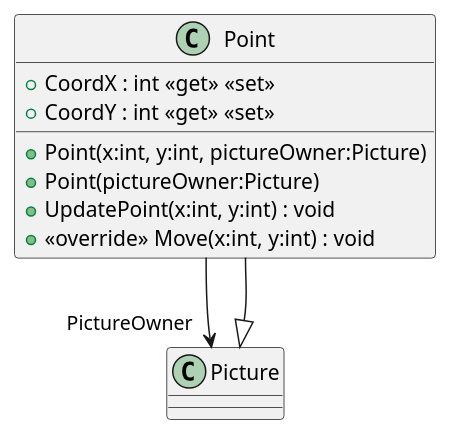
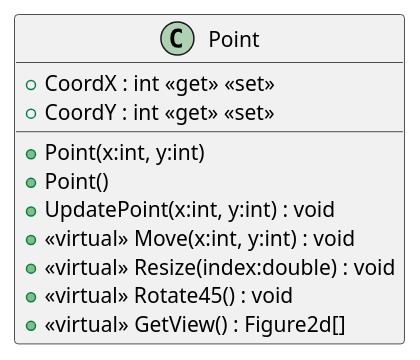
The diagram in plantuml/20240701_HW_Inheritence/Point.puml (19vano97/levelUpOOP), drawn with PlantUML before and after one commit. The commit also changed 35 other files, not shown here.

```diff
--- a/plantuml/20240701_HW_Inheritence/Point.puml
+++ b/plantuml/20240701_HW_Inheritence/Point.puml
@@ -1,12 +1,13 @@
 @startuml
 class Point {
-    + Point(x:int, y:int, pictureOwner:Picture)
-    + Point(pictureOwner:Picture)
+    + Point(x:int, y:int)
+    + Point()
     + CoordX : int <<get>> <<set>>
     + CoordY : int <<get>> <<set>>
     + UpdatePoint(x:int, y:int) : void
-    + <<override>> Move(x:int, y:int) : void
+    + <<virtual>> Move(x:int, y:int) : void
+    + <<virtual>> Resize(index:double) : void
+    + <<virtual>> Rotate45() : void
+    + <<virtual>> GetView() : Figure2d[]
 }
-Picture <|-- Point
-Point --> "PictureOwner" Picture
 @enduml
```
